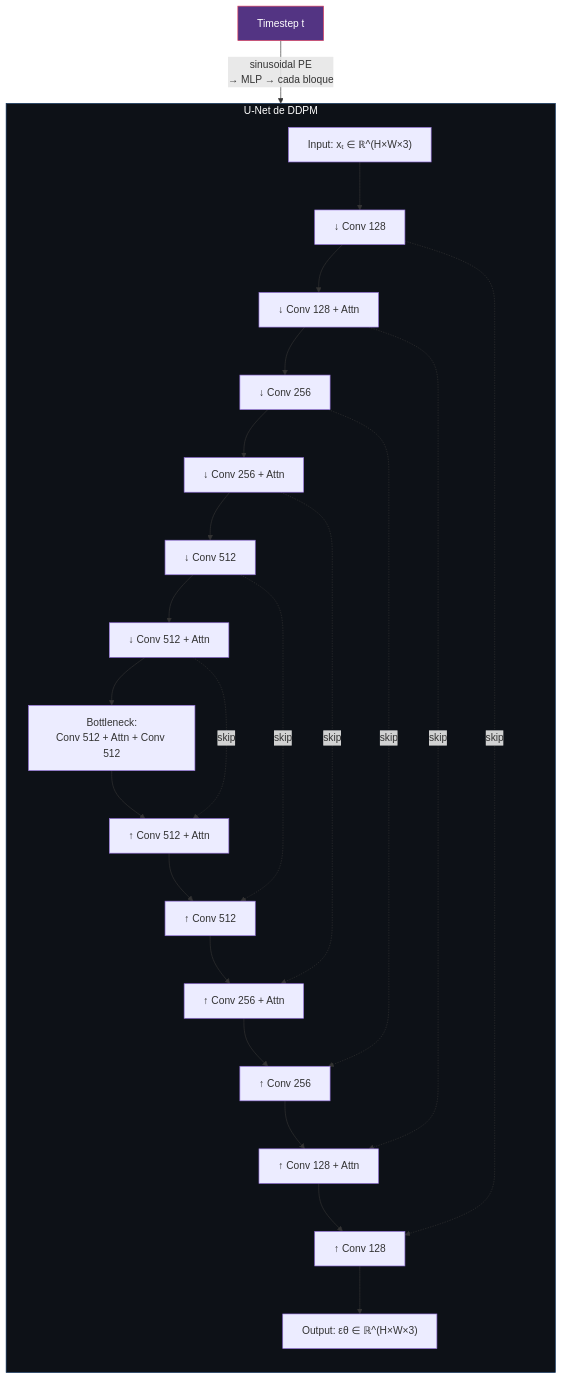
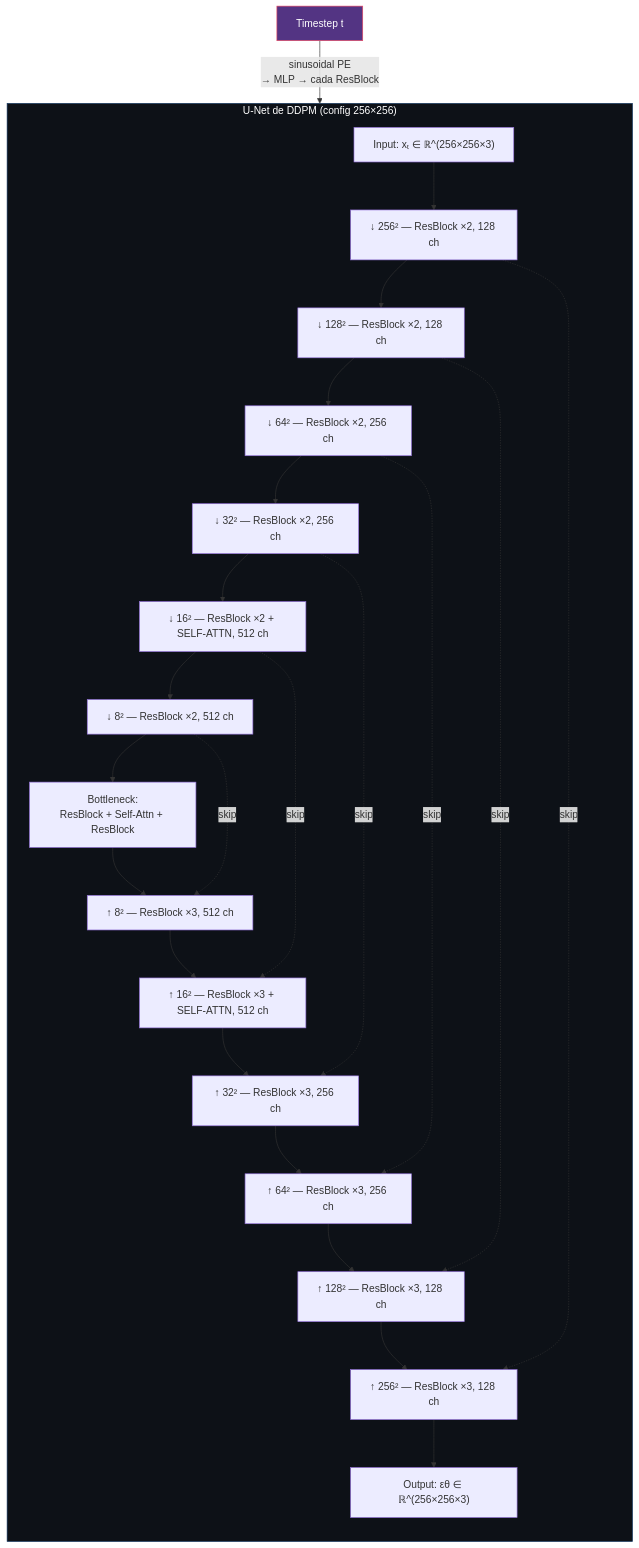
Before and after one commit to DavidDevGt/DifusionReal: the third of 4 diagrams in 02-ddpm/README.md, drawn with Mermaid. The commit also changed other lines of this file, not shown here.

````diff
--- a/02-ddpm/README.md
+++ b/02-ddpm/README.md
@@ -160,37 +211,37 @@
 ```mermaid
 graph TB
-    subgraph UNet ["U-Net de DDPM"]
+    subgraph UNet ["U-Net de DDPM (config 256×256)"]
         direction TB
-        IN["Input: xₜ ∈ ℝ^(H×W×3)"]
+        IN["Input: xₜ ∈ ℝ^(256×256×3)"]
 
-        IN --> E1["↓ Conv 128"]
-        E1 --> E2["↓ Conv 128 + Attn"]
-        E2 --> E3["↓ Conv 256"]
-        E3 --> E4["↓ Conv 256 + Attn"]
-        E4 --> E5["↓ Conv 512"]
-        E5 --> E6["↓ Conv 512 + Attn"]
+        IN --> E1["↓ 256² — ResBlock ×2, 128 ch"]
+        E1 --> E2["↓ 128² — ResBlock ×2, 128 ch"]
+        E2 --> E3["↓ 64² — ResBlock ×2, 256 ch"]
+        E3 --> E4["↓ 32² — ResBlock ×2, 256 ch"]
+        E4 --> E5["↓ 16² — ResBlock ×2 + SELF-ATTN, 512 ch"]
+        E5 --> E6["↓ 8² — ResBlock ×2, 512 ch"]
 
-        E6 --> MID["Bottleneck:<br/>Conv 512 + Attn + Conv 512"]
+        E6 --> MID["Bottleneck:<br/>ResBlock + Self-Attn + ResBlock"]
 
-        MID --> D6["↑ Conv 512 + Attn"]
-        D6 --> D5["↑ Conv 512"]
-        D5 --> D4["↑ Conv 256 + Attn"]
-        D4 --> D3["↑ Conv 256"]
-        D3 --> D2["↑ Conv 128 + Attn"]
-        D2 --> D1["↑ Conv 128"]
+        MID --> D6["↑ 8² — ResBlock ×3, 512 ch"]
+        D6 --> D5["↑ 16² — ResBlock ×3 + SELF-ATTN, 512 ch"]
+        D5 --> D4["↑ 32² — ResBlock ×3, 256 ch"]
+        D4 --> D3["↑ 64² — ResBlock ×3, 256 ch"]
+        D3 --> D2["↑ 128² — ResBlock ×3, 128 ch"]
+        D2 --> D1["↑ 256² — ResBlock ×3, 128 ch"]
 
-        D1 --> OUT["Output: εθ ∈ ℝ^(H×W×3)"]
+        D1 --> OUT["Output: εθ ∈ ℝ^(256×256×3)"]
 
         E1 -.->|skip| D1
         E2 -.->|skip| D2
         E3 -.->|skip| D3
         E4 -.->|skip| D4
         E5 -.->|skip| D5
         E6 -.->|skip| D6
     end
 
-    TIME["Timestep t"] -->|"sinusoidal PE<br/>→ MLP → cada bloque"| UNet
+    TIME["Timestep t"] -->|"sinusoidal PE<br/>→ MLP → cada ResBlock"| UNet
 
     style UNet fill:#0d1117,stroke:#0f3460,color:#fff
     style TIME fill:#533483,stroke:#e94560,color:#fff
 ```
````
